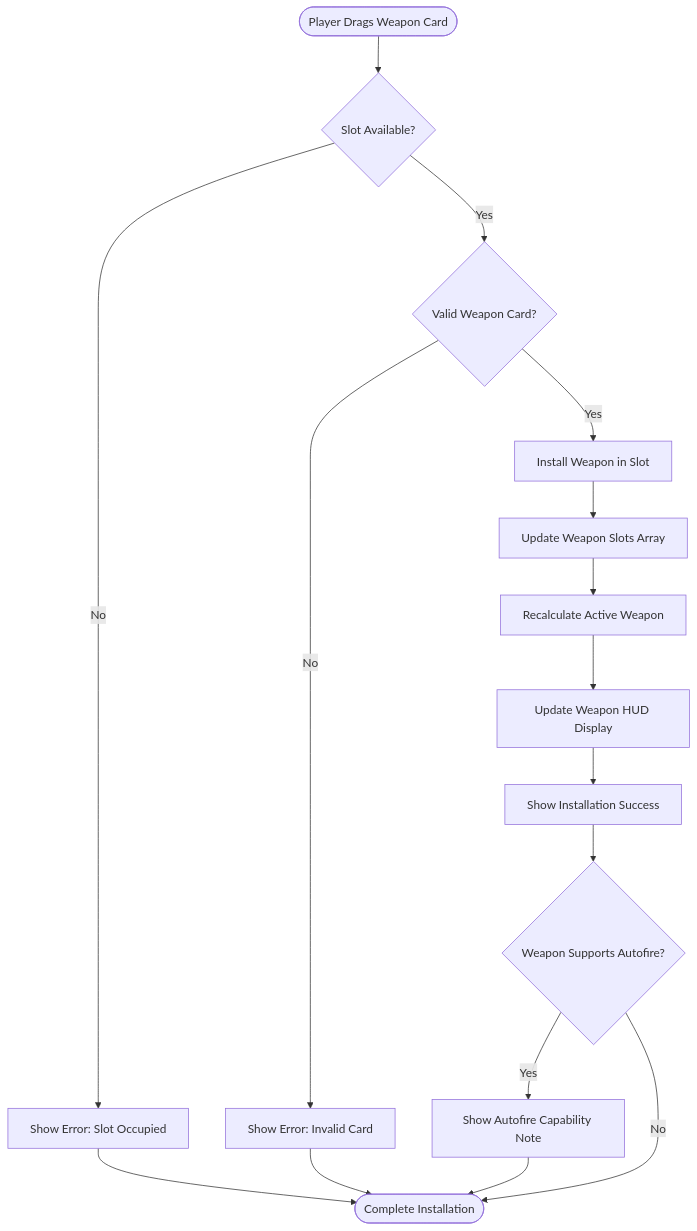
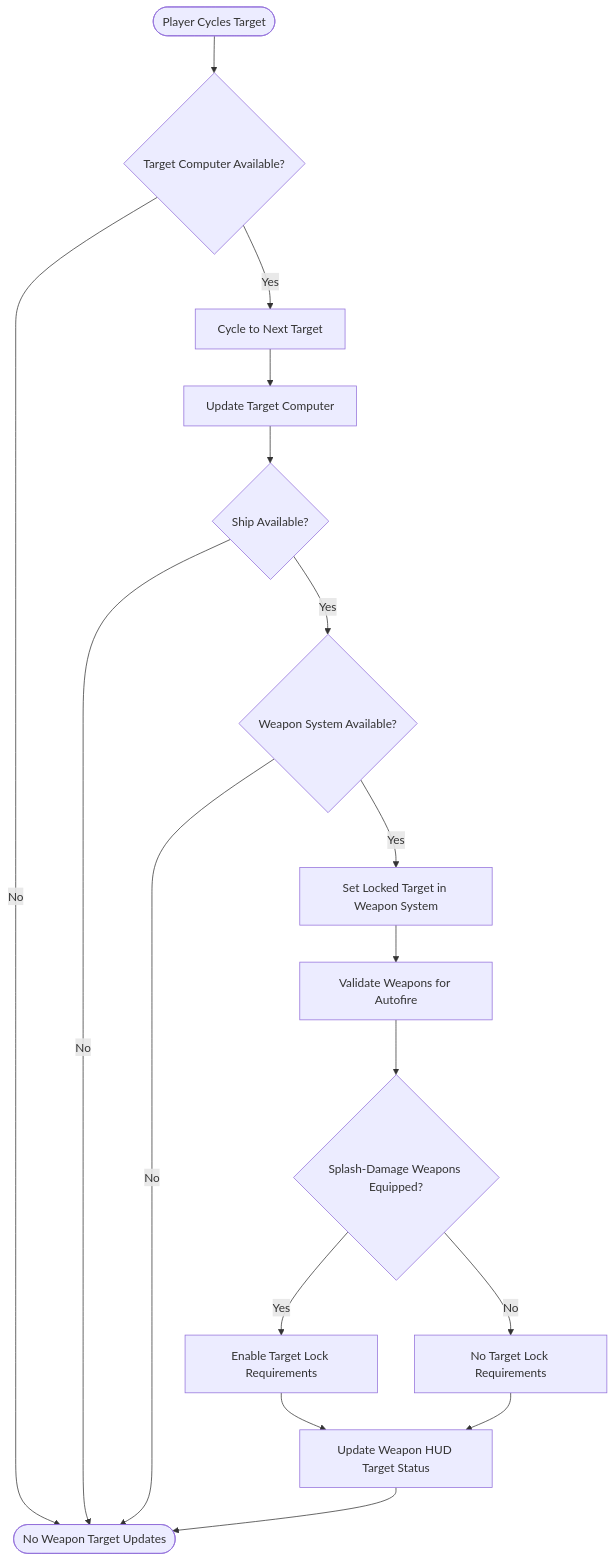
Before and after one commit to thoracle/planetz: diagram 22 of 24 in docs/system_architecture.md, drawn with Mermaid. The commit also changed other lines of this file and 9 other files, not shown here.

````diff
--- a/docs/system_architecture.md
+++ b/docs/system_architecture.md
@@ -1151,22 +1272,23 @@
 ```mermaid
 flowchart TD
-    Start([Player Drags Weapon Card]) --> CheckSlot{Slot Available?}
-    CheckSlot -->|No| ShowError[Show Error: Slot Occupied]
-    CheckSlot -->|Yes| ValidateCard{Valid Weapon Card?}
+    Start([Player Cycles Target]) --> GetTargetComputer{Target Computer Available?}
+    GetTargetComputer -->|No| End([No Weapon Target Updates])
+    GetTargetComputer -->|Yes| CycleTarget[Cycle to Next Target]
     
-    ValidateCard -->|No| ShowCardError[Show Error: Invalid Card]
-    ValidateCard -->|Yes| InstallWeapon[Install Weapon in Slot]
+    CycleTarget --> UpdateTargetComputer[Update Target Computer]
+    UpdateTargetComputer --> GetShip{Ship Available?}
+    GetShip -->|No| End
+    GetShip -->|Yes| GetWeaponSystem{Weapon System Available?}
     
-    InstallWeapon --> UpdateSlots[Update Weapon Slots Array]
-    UpdateSlots --> RecalculateActive[Recalculate Active Weapon]
-    RecalculateActive --> UpdateHUD[Update Weapon HUD Display]
-    UpdateHUD --> ShowSuccess[Show Installation Success]
+    GetWeaponSystem -->|No| End
+    GetWeaponSystem -->|Yes| SetLockedTarget[Set Locked Target in Weapon System]
+    SetLockedTarget --> ValidateWeapons[Validate Weapons for Autofire]
     
-    ShowSuccess --> CheckAutofire{Weapon Supports Autofire?}
-    CheckAutofire -->|Yes| ShowAutofireNote[Show Autofire Capability Note]
-    CheckAutofire -->|No| End([Complete Installation])
-    ShowAutofireNote --> End
+    ValidateWeapons --> CheckSplashWeapons{Splash-Damage Weapons Equipped?}
+    CheckSplashWeapons -->|Yes| EnableTargetLock[Enable Target Lock Requirements]
+    CheckSplashWeapons -->|No| DisableTargetLock[No Target Lock Requirements]
     
-    ShowError --> End
-    ShowCardError --> End
+    EnableTargetLock --> UpdateHUD[Update Weapon HUD Target Status]
+    DisableTargetLock --> UpdateHUD
+    UpdateHUD --> End
 ```
````
